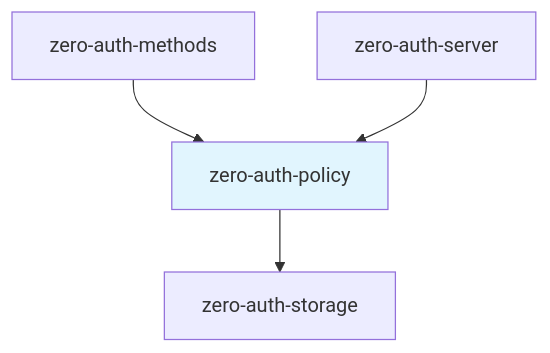
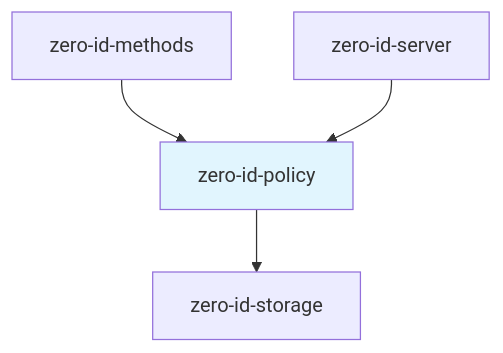
The first of 6 diagrams in docs/spec/v0.1/03-policy.md (cypher-asi/zero-auth), drawn with Mermaid before and after one commit. The commit also changed other lines of this file and 235 other files, not shown here.

Commit message:
refactor: rename zero-auth to zero-id across codebase

````diff
--- a/docs/spec/v0.1/03-policy.md
+++ b/docs/spec/v0.1/03-policy.md
@@ -25,12 +25,12 @@
 ```mermaid
 graph TD
-    STORAGE[zero-auth-storage]
-    POLICY[zero-auth-policy]
+    STORAGE[zero-id-storage]
+    POLICY[zero-id-policy]
     
     POLICY --> STORAGE
     
-    METHODS[zero-auth-methods] --> POLICY
-    SERVER[zero-auth-server] --> POLICY
+    METHODS[zero-id-methods] --> POLICY
+    SERVER[zero-id-server] --> POLICY
     
     style POLICY fill:#e1f5fe
 ```
````
